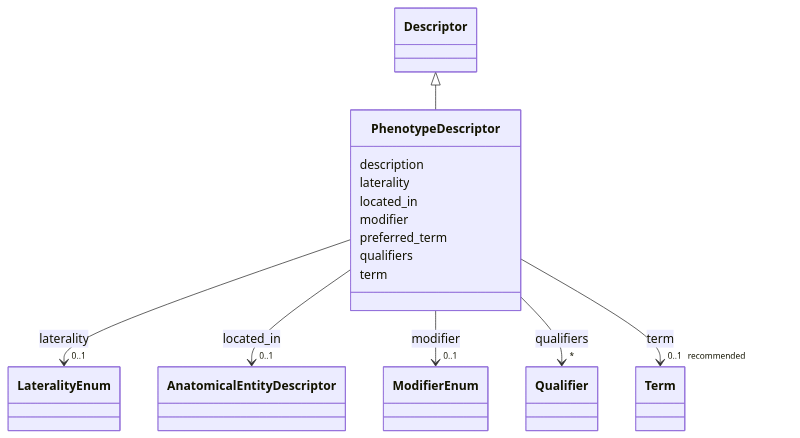
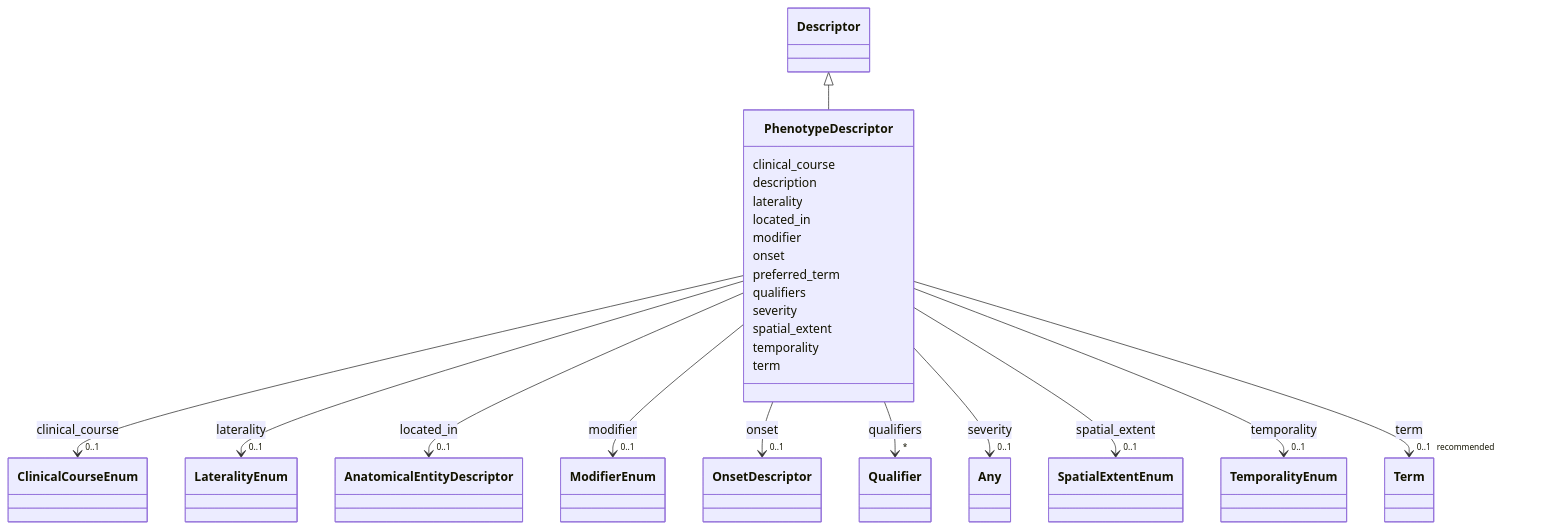
One commit to monarch-initiative/dismech changed the diagram in docs/schema/classes/PhenotypeDescriptor.md. Above: the diagram before and after it, drawn with Mermaid. The commit also changed other lines of this file and 1343 other files, not shown here.

First line of the commit message:
docs: regenerate schema docs and point design-decisions link at rendered page

```diff
--- a/docs/schema/classes/PhenotypeDescriptor.md
+++ b/docs/schema/classes/PhenotypeDescriptor.md
@@ -22,6 +22,17 @@
       Descriptor <|-- PhenotypeDescriptor
         click Descriptor href "../../classes/Descriptor/"
       
+      PhenotypeDescriptor : clinical_course
+        
+          
+    
+        
+        
+        PhenotypeDescriptor --> "0..1" ClinicalCourseEnum : clinical_course
+        click ClinicalCourseEnum href "../../enums/ClinicalCourseEnum/"
+    
+
+        
       PhenotypeDescriptor : description
         
       PhenotypeDescriptor : laterality
@@ -57,6 +68,17 @@
     
 
         
+      PhenotypeDescriptor : onset
+        
+          
+    
+        
+        
+        PhenotypeDescriptor --> "0..1" OnsetDescriptor : onset
+        click OnsetDescriptor href "../../classes/OnsetDescriptor/"
+    
+
+        
       PhenotypeDescriptor : preferred_term
         
       PhenotypeDescriptor : qualifiers
@@ -67,6 +89,39 @@
         
         PhenotypeDescriptor --> "*" Qualifier : qualifiers
         click Qualifier href "../../classes/Qualifier/"
+    
+
+        
+      PhenotypeDescriptor : severity
+        
+          
+    
+        
+        
+        PhenotypeDescriptor --> "0..1" Any : severity
+        click Any href "../../classes/Any/"
+    
+
+        
+      PhenotypeDescriptor : spatial_extent
+        
+          
+    
+        
+        
+        PhenotypeDescriptor --> "0..1" SpatialExtentEnum : spatial_extent
+        click SpatialExtentEnum href "../../enums/SpatialExtentEnum/"
+    
+
+        
+      PhenotypeDescriptor : temporality
+        
+          
+    
+        
+        
+        PhenotypeDescriptor --> "0..1" TemporalityEnum : temporality
+        click TemporalityEnum href "../../enums/TemporalityEnum/"
     
 
         
```
